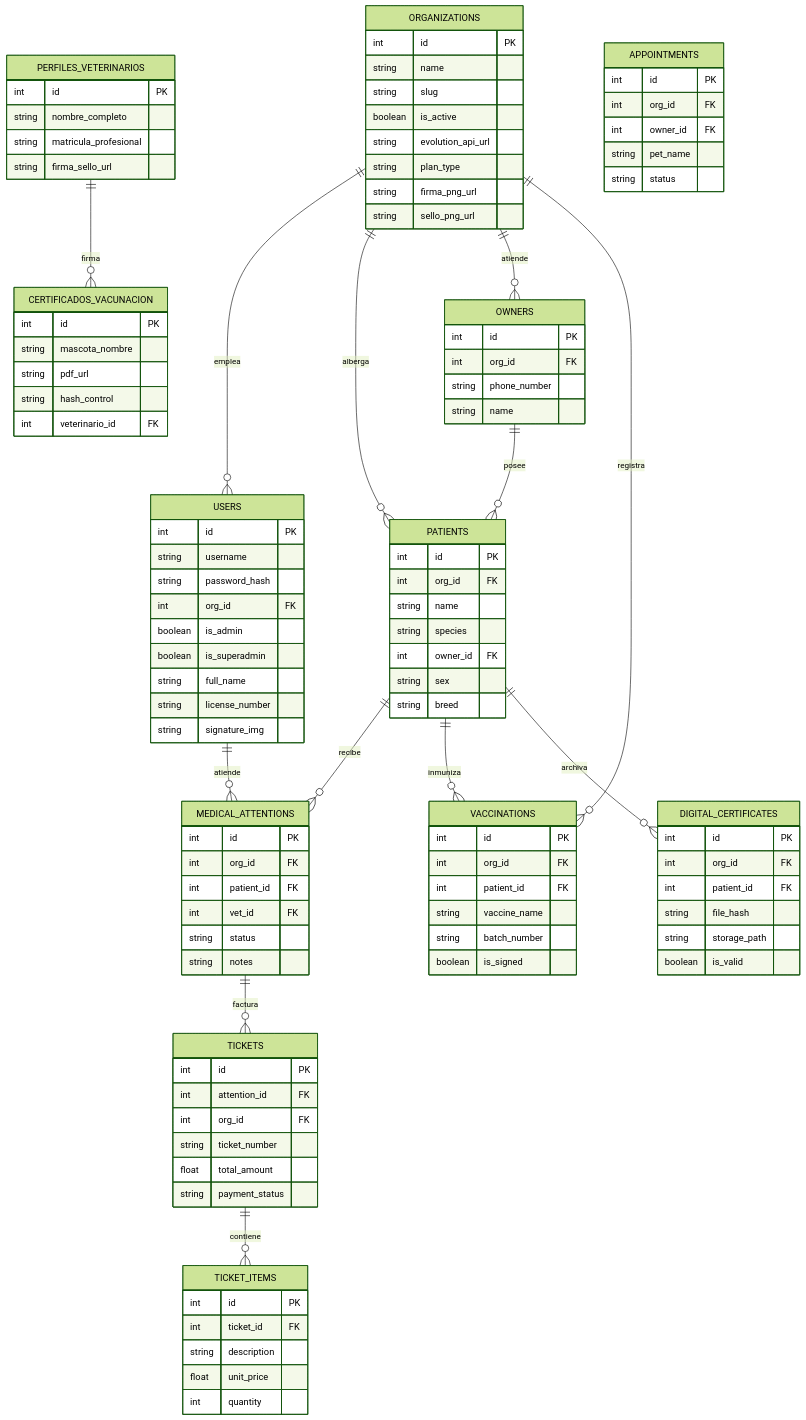
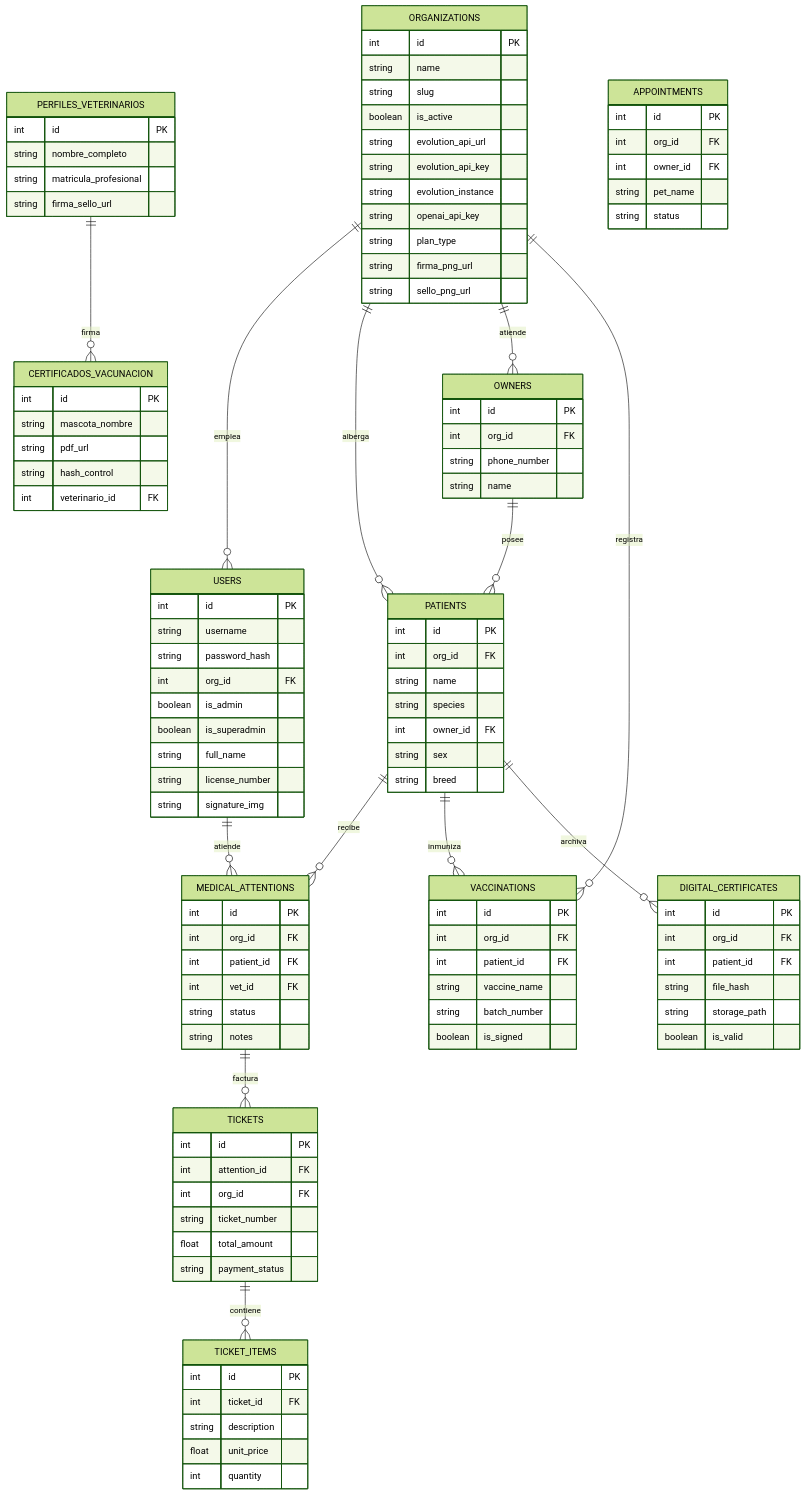
The diagram in technical_documentation.md (Victor2498/veterinaria_saas), drawn with Mermaid (forest theme) before and after one commit. The commit also changed 2 other files, not shown here.

Commit message:
Fix: Rename evolution_api_instance to evolution_instance in Organization model

```diff
--- a/technical_documentation.md
+++ b/technical_documentation.md
@@ -39,6 +39,9 @@
         string slug
         boolean is_active
         string evolution_api_url
+        string evolution_api_key
+        string evolution_instance
+        string openai_api_key
         string plan_type
         string firma_png_url
         string sello_png_url
```
